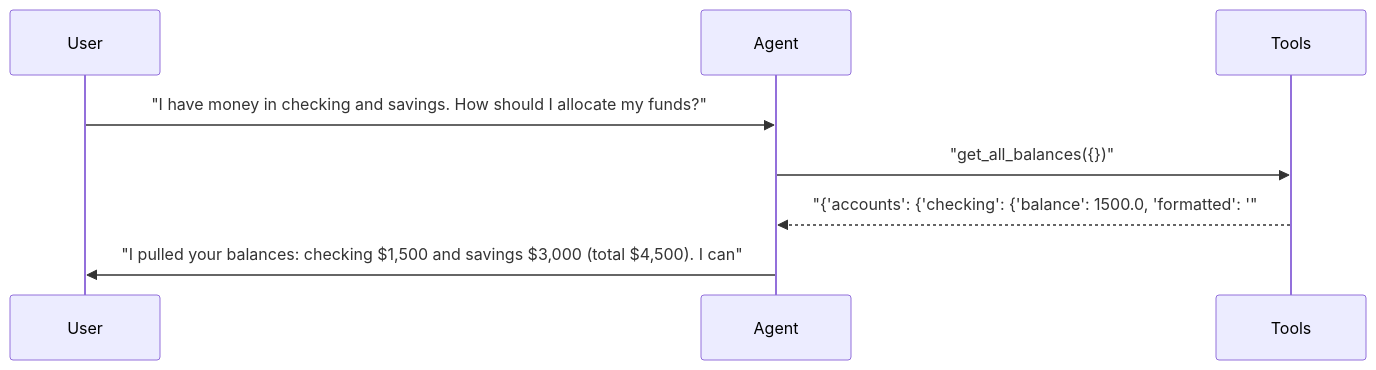
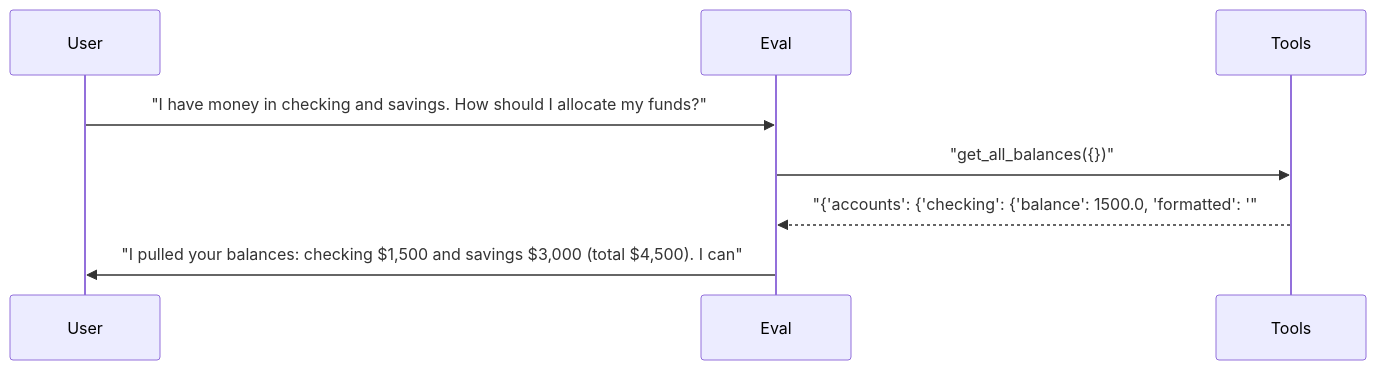
Before and after one commit to sbroenne/pytest-skill-engineering: the fourth of 6 diagrams in docs/reports/04_agent_selector.md, drawn with Mermaid. The commit also changed other lines of this file and 155 other files, not shown here.

````diff
--- a/docs/reports/04_agent_selector.md
+++ b/docs/reports/04_agent_selector.md
@@ -315,11 +315,11 @@
 ```mermaid
 sequenceDiagram
     participant User
-    participant Agent
+    participant Eval
     participant Tools
 
-    User->>Agent: "I have money in checking and savings. How should I allocate my funds?"
-    Agent->>Tools: "get_all_balances({})"
-    Tools-->>Agent: "{'accounts': {'checking': {'balance': 1500.0, 'formatted': '"
-    Agent->>User: "I pulled your balances: checking $1,500 and savings $3,000 (total $4,500). I can"
+    User->>Eval: "I have money in checking and savings. How should I allocate my funds?"
+    Eval->>Tools: "get_all_balances({})"
+    Tools-->>Eval: "{'accounts': {'checking': {'balance': 1500.0, 'formatted': '"
+    Eval->>User: "I pulled your balances: checking $1,500 and savings $3,000 (total $4,500). I can"
 ```
````
